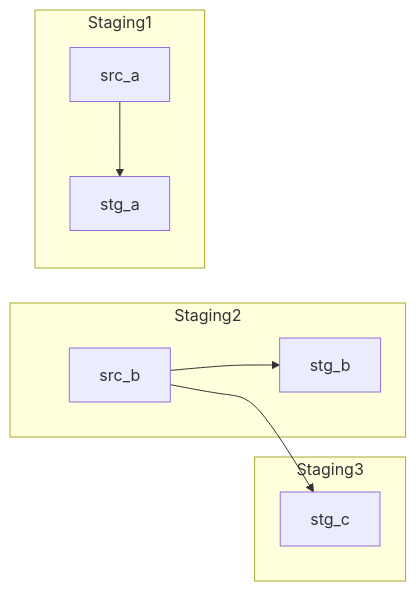
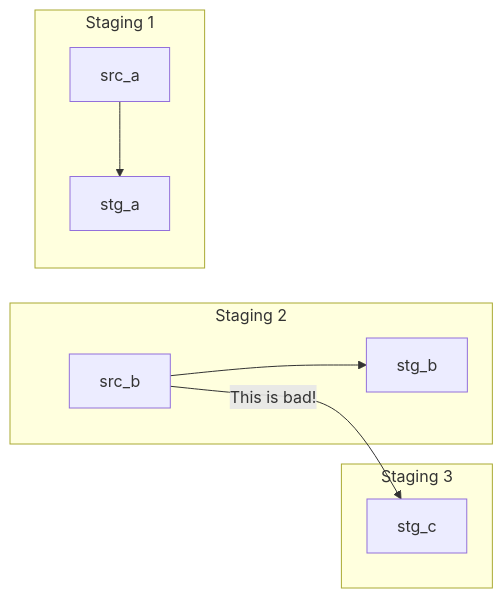
Before and after one commit to autotraderuk/oliver-twist: the fourth of 8 diagrams in docs/rules.md, drawn with Mermaid. The commit also changed other lines of this file and 1 other file, not shown here.

Commit message:
Update mermaidjs version for more concise syntax

````diff
--- a/docs/rules.md
+++ b/docs/rules.md
@@ -75,13 +71,13 @@
 ```mermaid
 graph LR
-  subgraph Staging2
+  subgraph stg2[Staging 2]
   src_b --> stg_b
   end
-  subgraph Staging1
+  subgraph stg1[Staging 1]
   src_a --> stg_a
   end
-  subgraph Staging3
-  src_b --> stg_c
+  subgraph stg3[Staging 3]
+  src_b --This is bad!--> stg_c
   end
   
 ```
````
